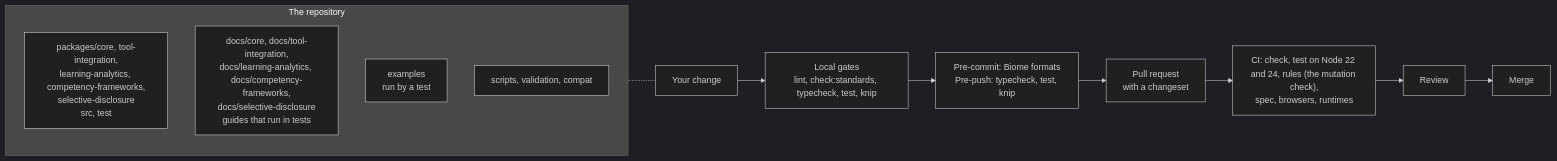
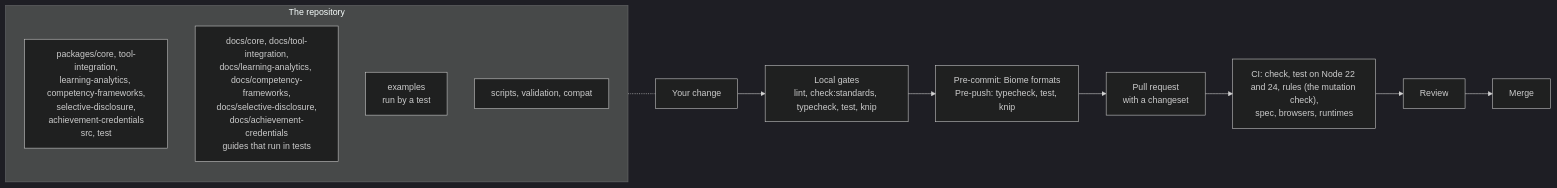
The diagram in CONTRIBUTING.md (interopkit/interopkit), drawn with Mermaid (dark theme) before and after one commit. The commit also changed 87 other files, not shown here.

First line of the commit message:
Add achievement-credentials: the Open Badges 3.0 and CLR 2.0 model and its readers

````diff
--- a/CONTRIBUTING.md
+++ b/CONTRIBUTING.md
@@ -6,16 +6,16 @@
 ```mermaid
 flowchart LR
   subgraph repo["The repository"]
-    packages["packages/core, tool-integration,<br/>learning-analytics, competency-frameworks,<br/>selective-disclosure<br/>src, test"]
-    docs["docs/core, docs/tool-integration,<br/>docs/learning-analytics, docs/competency-frameworks,<br/>docs/selective-disclosure<br/>guides that run in tests"]
+    packages["packages/core, tool-integration,<br/>learning-analytics, competency-frameworks,<br/>selective-disclosure,<br/>achievement-credentials<br/>src, test"]
+    docs["docs/core, docs/tool-integration,<br/>docs/learning-analytics, docs/competency-frameworks,<br/>docs/selective-disclosure,<br/>docs/achievement-credentials<br/>guides that run in tests"]
     examples["examples<br/>run by a test"]
     tooling["scripts, validation, compat"]
   end
   change["Your change"] --> local["Local gates<br/>lint, check:standards, typecheck, test, knip"]
   local --> hooks["Pre-commit: Biome formats<br/>Pre-push: typecheck, test, knip"]
   hooks --> pr["Pull request<br/>with a changeset"]
   pr --> ci["CI: check, test on Node 22 and 24, rules (the mutation check),<br/>spec, browsers, runtimes"]
   ci --> review["Review"]
   review --> merge["Merge"]
   repo -.- change
 ```
````
